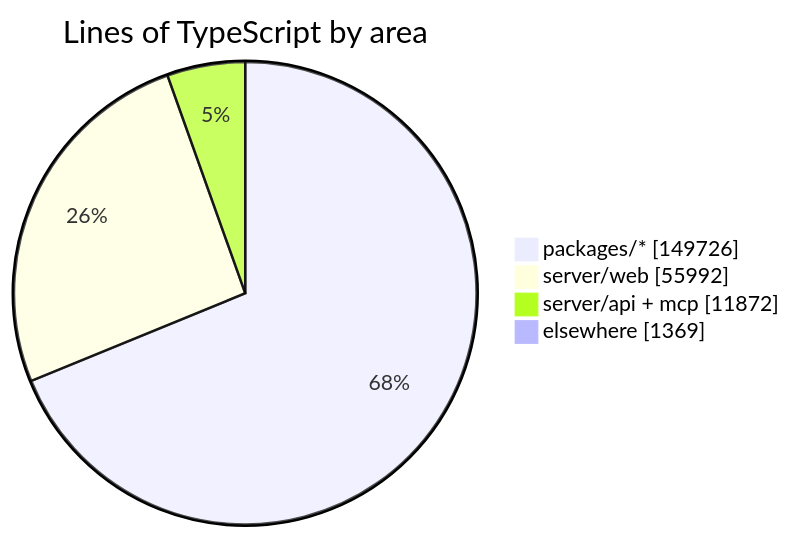
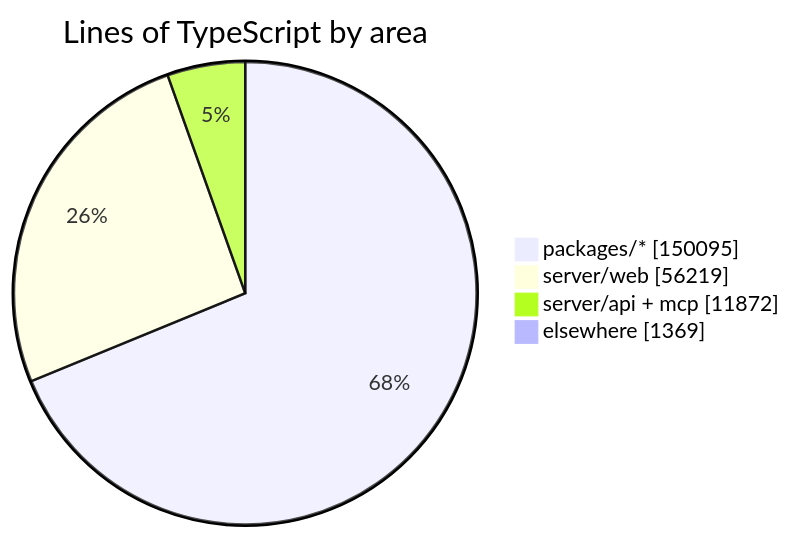
One commit to crossworks-engineering/mantle changed the diagram in README.md. Above: the diagram before and after it, drawn with Mermaid. The commit also changed other lines of this file and 2 other files, not shown here.

````diff
--- a/README.md
+++ b/README.md
@@ -279,7 +279,7 @@
 ```mermaid
 pie showData title Lines of TypeScript by area
-    "packages/*" : 149726
-    "server/web" : 55992
+    "packages/*" : 150095
+    "server/web" : 56219
     "server/api + mcp" : 11872
     "elsewhere" : 1369
 ```
````
